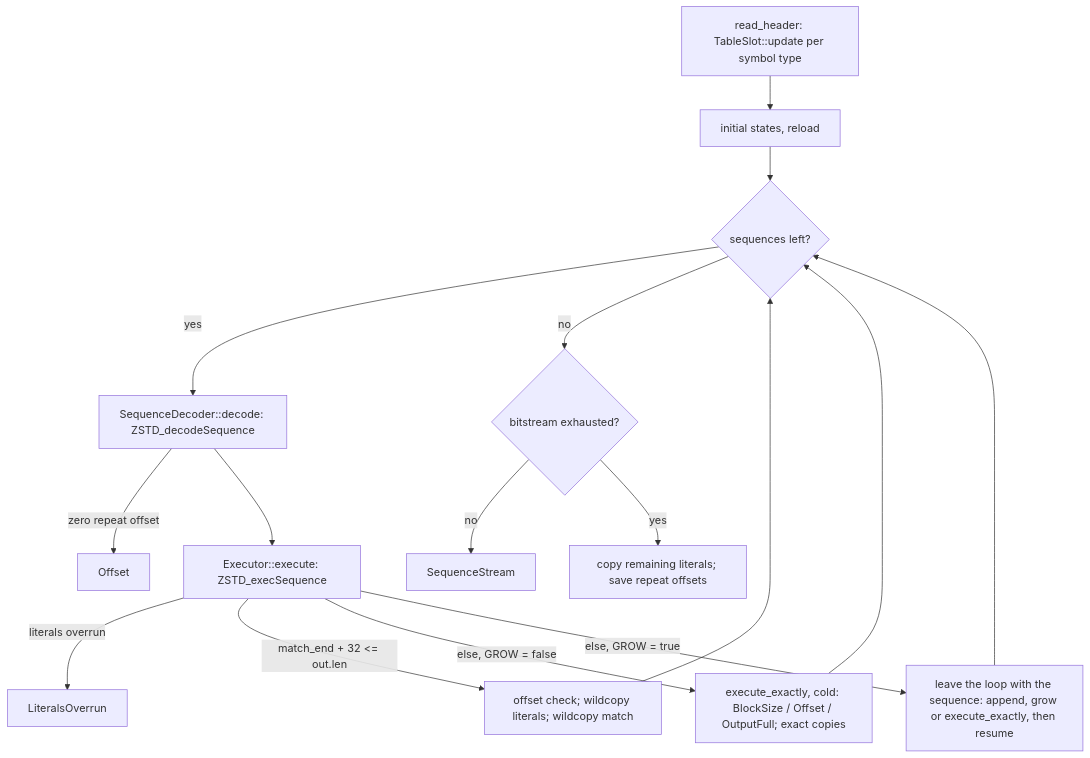
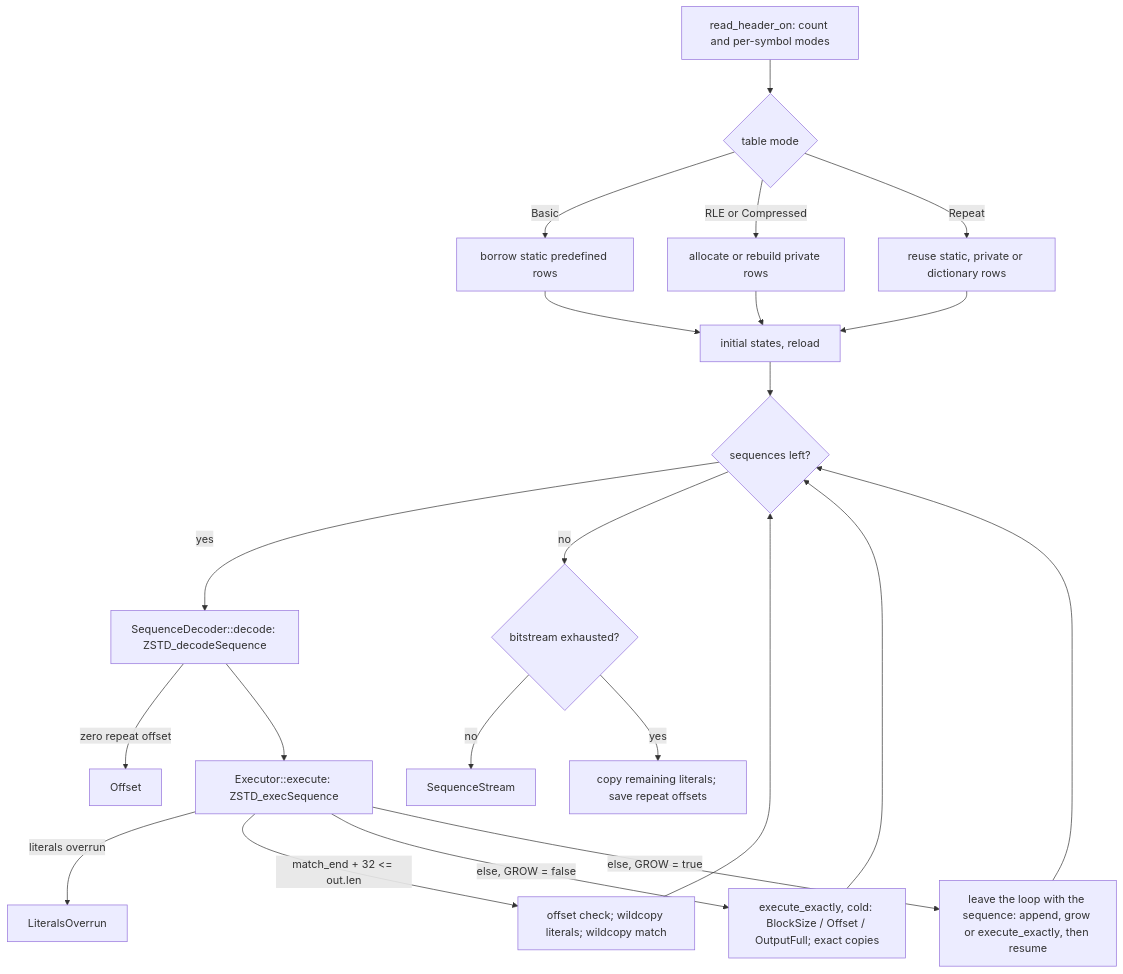
Before and after one commit to M-Compressors/mzstd: the fourth of 7 diagrams in architecture/decoder-performance.md, drawn with Mermaid. The commit also changed other lines of this file and 369 other files, not shown here.

````diff
--- a/architecture/decoder-performance.md
+++ b/architecture/decoder-performance.md
@@ -167,18 +201,24 @@
 ```mermaid
 flowchart TD
-    Header[read_header: TableSlot::update per symbol type] --> Init[initial states, reload]
+    Header[read_header_on: count and per-symbol modes] --> Mode{table mode}
+    Mode -->|Basic| Static[borrow static predefined rows]
+    Mode -->|RLE or Compressed| Custom[allocate or rebuild private rows]
+    Mode -->|Repeat| Reuse[reuse static, private or dictionary rows]
+    Static --> Init[initial states, reload]
+    Custom --> Init
+    Reuse --> Init
     Init --> Next{sequences left?}
     Next -->|yes| Dec[SequenceDecoder::decode: ZSTD_decodeSequence]
     Dec -->|zero repeat offset| EOff[Offset]
     Dec --> Exe[Executor::execute: ZSTD_execSequence]
     Exe -->|literals overrun| ELit[LiteralsOverrun]
     Exe -->|match_end + 32 <= out.len| Wild[offset check; wildcopy literals; wildcopy match]
     Exe -->|"else, GROW = false"| Exact[execute_exactly, cold: BlockSize / Offset / OutputFull; exact copies]
     Exe -->|"else, GROW = true"| Cold[leave the loop with the sequence: append, grow or execute_exactly, then resume]
     Wild --> Next
     Exact --> Next
     Cold --> Next
     Next -->|no| End{bitstream exhausted?}
     End -->|no| ESeq[SequenceStream]
     End -->|yes| Last[copy remaining literals; save repeat offsets]
 ```
````
